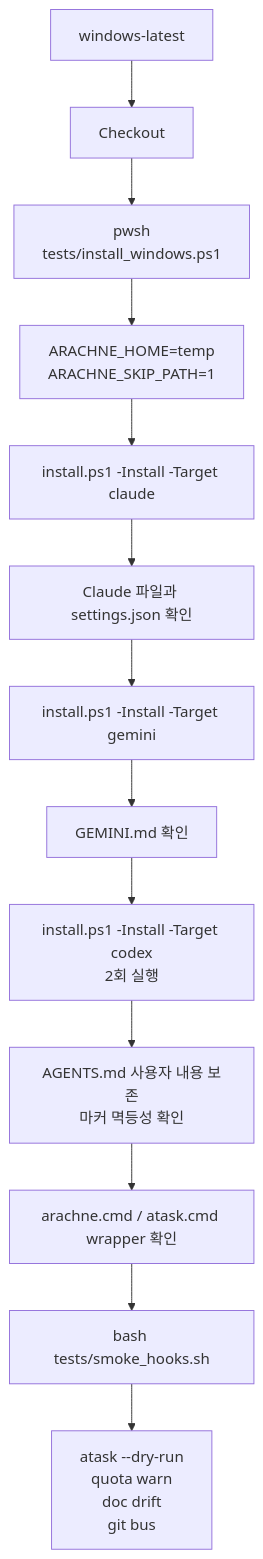
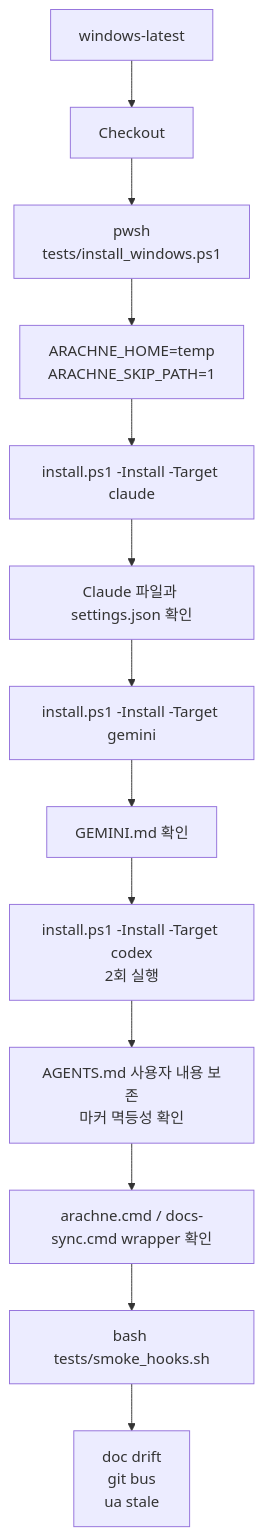
Before and after one commit to jomarusoup/Arachne: the sixth of 10 diagrams in docs/CI.md, drawn with Mermaid. The commit also changed other lines of this file and 13 other files, not shown here.

````diff
--- a/docs/CI.md
+++ b/docs/CI.md
@@ -209,15 +209,15 @@
 ```mermaid
 flowchart TB
     A["windows-latest"] --> B["Checkout"]
     B --> C["pwsh<br/>tests/install_windows.ps1"]
     C --> D["ARACHNE_HOME=temp<br/>ARACHNE_SKIP_PATH=1"]
     D --> E["install.ps1 -Install -Target claude"]
     E --> F["Claude 파일과 settings.json 확인"]
     F --> G["install.ps1 -Install -Target gemini"]
     G --> H["GEMINI.md 확인"]
     H --> I["install.ps1 -Install -Target codex<br/>2회 실행"]
     I --> J["AGENTS.md 사용자 내용 보존<br/>마커 멱등성 확인"]
-    J --> K["arachne.cmd / atask.cmd wrapper 확인"]
+    J --> K["arachne.cmd / docs-sync.cmd wrapper 확인"]
     K --> L["bash tests/smoke_hooks.sh"]
-    L --> M["atask --dry-run<br/>quota warn<br/>doc drift<br/>git bus"]
+    L --> M["doc drift<br/>git bus<br/>ua stale"]
 ```
````
